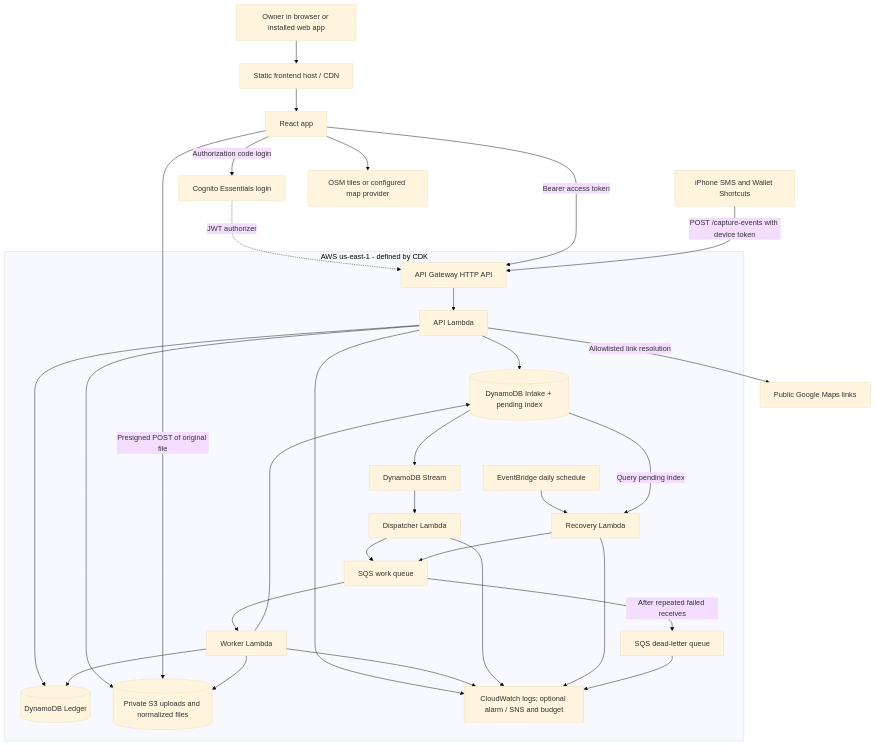
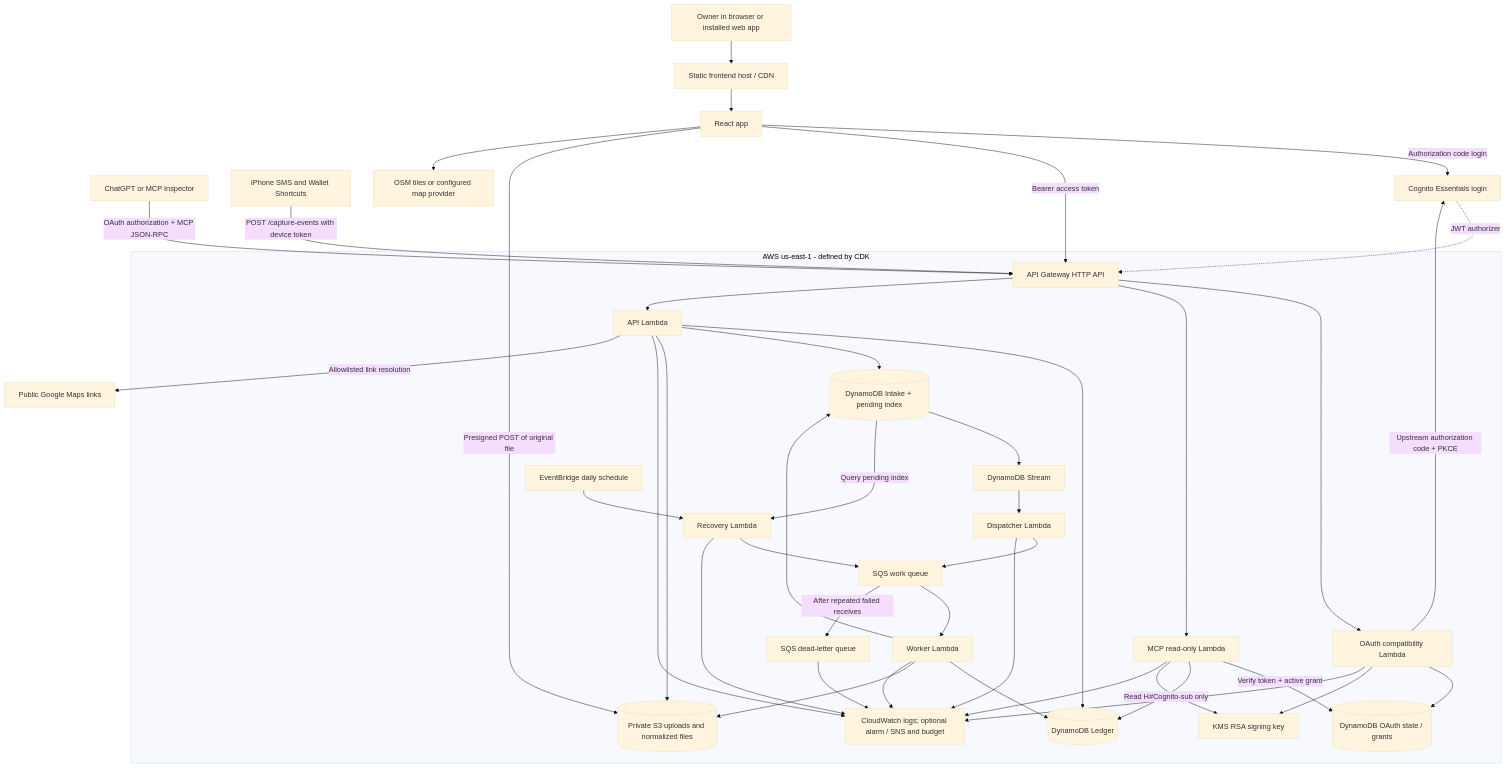
The first of 5 diagrams in ARCHITECTURE.md (Xaviz10/money-stalker), drawn with Mermaid (base theme) before and after one commit. The commit also changed other lines of this file and 16 other files, not shown here.

````diff
--- a/ARCHITECTURE.md
+++ b/ARCHITECTURE.md
@@ -15,52 +15,68 @@
 ```mermaid
 flowchart TB
   Person[Owner in browser or installed web app]
+  LLM[ChatGPT or MCP Inspector]
   Host[Static frontend host / CDN]
   Web[React app]
   Phone[iPhone SMS and Wallet Shortcuts]
   Cognito[Cognito Essentials login]
   Maps[OSM tiles or configured map provider]
   Google[Public Google Maps links]
 
   subgraph AWS[AWS us-east-1 - defined by CDK]
     Gateway[API Gateway HTTP API]
     API[API Lambda]
     Ledger[(DynamoDB Ledger)]
     Intake[(DynamoDB Intake + pending index)]
     S3[(Private S3 uploads and normalized files)]
     Stream[DynamoDB Stream]
     Dispatch[Dispatcher Lambda]
     Queue[SQS work queue]
     Worker[Worker Lambda]
     DLQ[SQS dead-letter queue]
     Schedule[EventBridge daily schedule]
     Recover[Recovery Lambda]
+    OAuth[OAuth compatibility Lambda]
+    MCP[MCP read-only Lambda]
+    OAuthState[(DynamoDB OAuth state / grants)]
+    Signing[KMS RSA signing key]
     Ops[CloudWatch logs; optional alarm / SNS and budget]
   end
 
   Person --> Host --> Web
   Web -->|Authorization code login| Cognito
+  LLM -->|OAuth authorization + MCP JSON-RPC| Gateway
+  Gateway --> OAuth
+  OAuth -->|Upstream authorization code + PKCE| Cognito
+  OAuth --> OAuthState
+  OAuth --> Signing
+  Gateway --> MCP
+  MCP -->|Verify token + active grant| OAuthState
+  MCP -->|Read H#Cognito-sub only| Ledger
+  MCP --> Signing
   Cognito -.->|JWT authorizer| Gateway
   Web -->|Bearer access token| Gateway
   Phone -->|POST /capture-events with device token| Gateway
   Gateway --> API
   API --> Ledger
   API --> Intake
   API --> S3
   Web -->|Presigned POST of original file| S3
   Intake --> Stream --> Dispatch --> Queue --> Worker
   Worker --> Ledger
   Worker --> Intake
   Worker --> S3
   Queue -->|After repeated failed receives| DLQ
   Schedule --> Recover
   Intake -->|Query pending index| Recover
   Recover --> Queue
   API --> Ops
   Worker --> Ops
   Dispatch --> Ops
   Recover --> Ops
+  OAuth --> Ops
+  MCP --> Ops
   DLQ --> Ops
   Web --> Maps
   API -->|Allowlisted link resolution| Google
 ```
````
